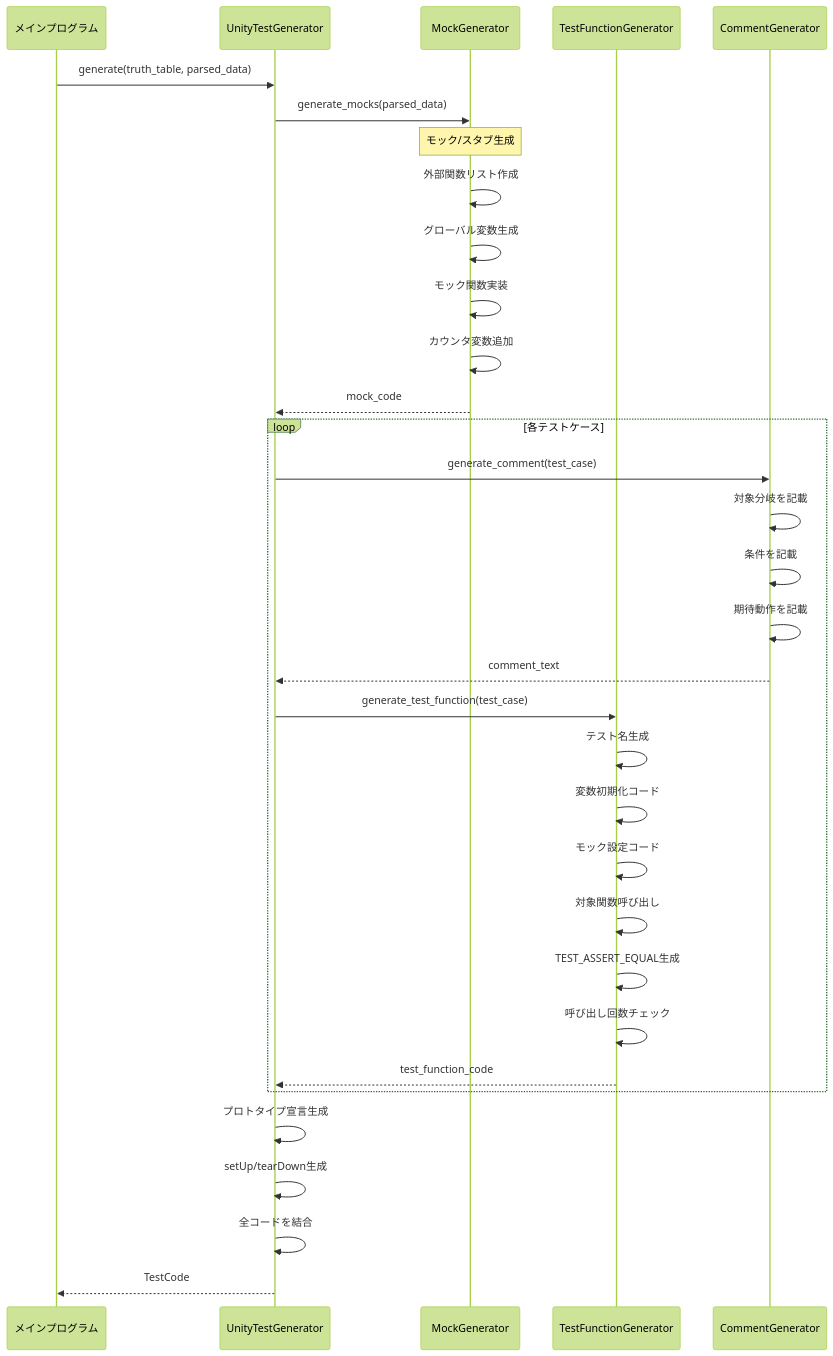
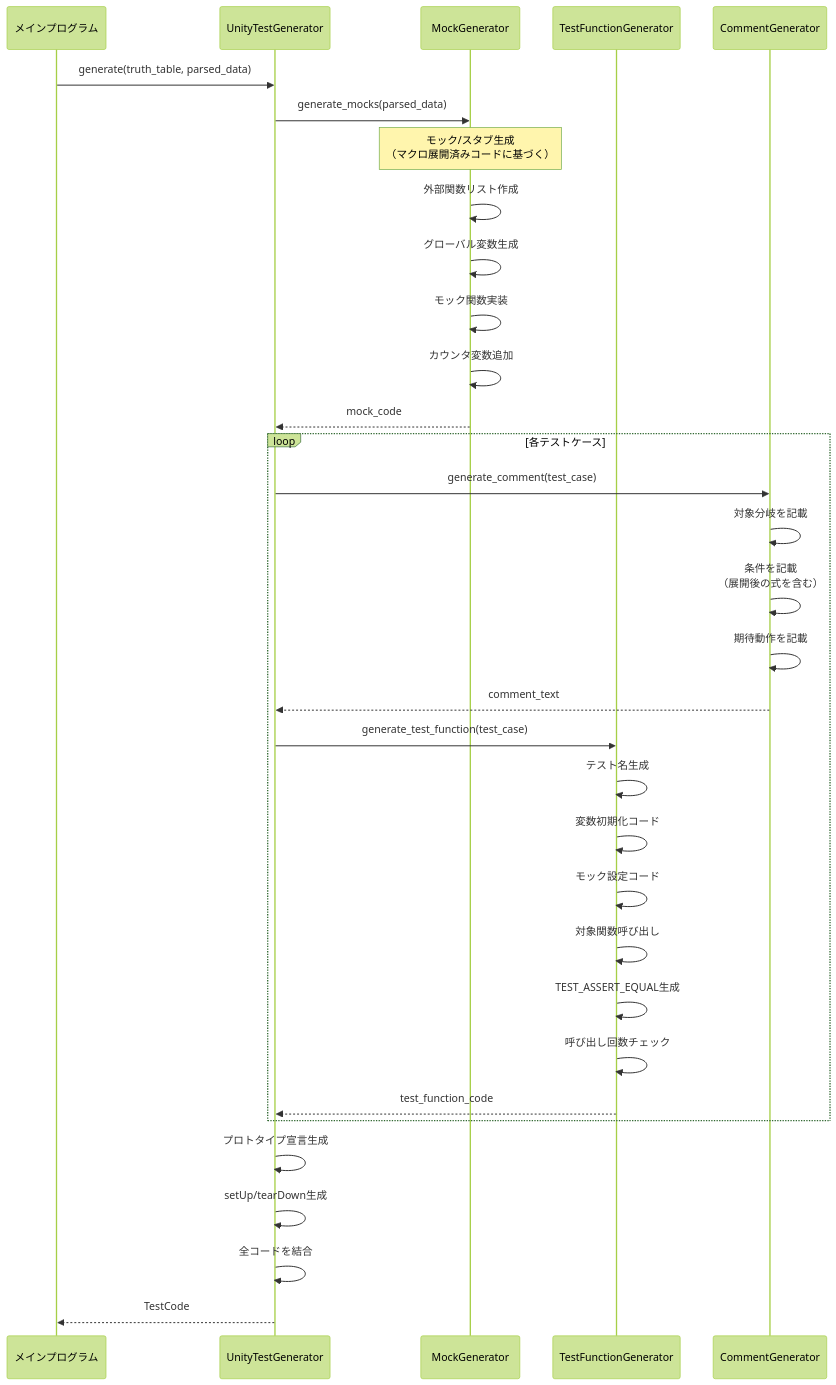
One commit to ryu5791/AutoUniTestGen changed the fifth of 7 diagrams in design_sequence_diagram.md. Above: the diagram before and after it, drawn with Mermaid (forest theme). The commit also changed other lines of this file and 1 other file, not shown here.

Commit message:
シーケンス図、クラス図追加

````diff
--- a/design_sequence_diagram.md
+++ b/design_sequence_diagram.md
@@ -137,40 +256,40 @@
 ```mermaid
 sequenceDiagram
     participant Main as メインプログラム
     participant TestGen as UnityTestGenerator
     participant MockGen as MockGenerator
     participant TestFuncGen as TestFunctionGenerator
     participant CommentGen as CommentGenerator
 
     Main->>TestGen: generate(truth_table, parsed_data)
     
     TestGen->>MockGen: generate_mocks(parsed_data)
-    Note over MockGen: モック/スタブ生成
+    Note over MockGen: モック/スタブ生成<br/>（マクロ展開済みコードに基づく）
     MockGen->>MockGen: 外部関数リスト作成
     MockGen->>MockGen: グローバル変数生成
     MockGen->>MockGen: モック関数実装
     MockGen->>MockGen: カウンタ変数追加
     MockGen-->>TestGen: mock_code
     
     loop 各テストケース
         TestGen->>CommentGen: generate_comment(test_case)
         CommentGen->>CommentGen: 対象分岐を記載
-        CommentGen->>CommentGen: 条件を記載
+        CommentGen->>CommentGen: 条件を記載<br/>（展開後の式を含む）
         CommentGen->>CommentGen: 期待動作を記載
         CommentGen-->>TestGen: comment_text
         
         TestGen->>TestFuncGen: generate_test_function(test_case)
         TestFuncGen->>TestFuncGen: テスト名生成
         TestFuncGen->>TestFuncGen: 変数初期化コード
         TestFuncGen->>TestFuncGen: モック設定コード
         TestFuncGen->>TestFuncGen: 対象関数呼び出し
         TestFuncGen->>TestFuncGen: TEST_ASSERT_EQUAL生成
         TestFuncGen->>TestFuncGen: 呼び出し回数チェック
         TestFuncGen-->>TestGen: test_function_code
     end
     
     TestGen->>TestGen: プロトタイプ宣言生成
     TestGen->>TestGen: setUp/tearDown生成
     TestGen->>TestGen: 全コードを結合
     TestGen-->>Main: TestCode
 ```
````
